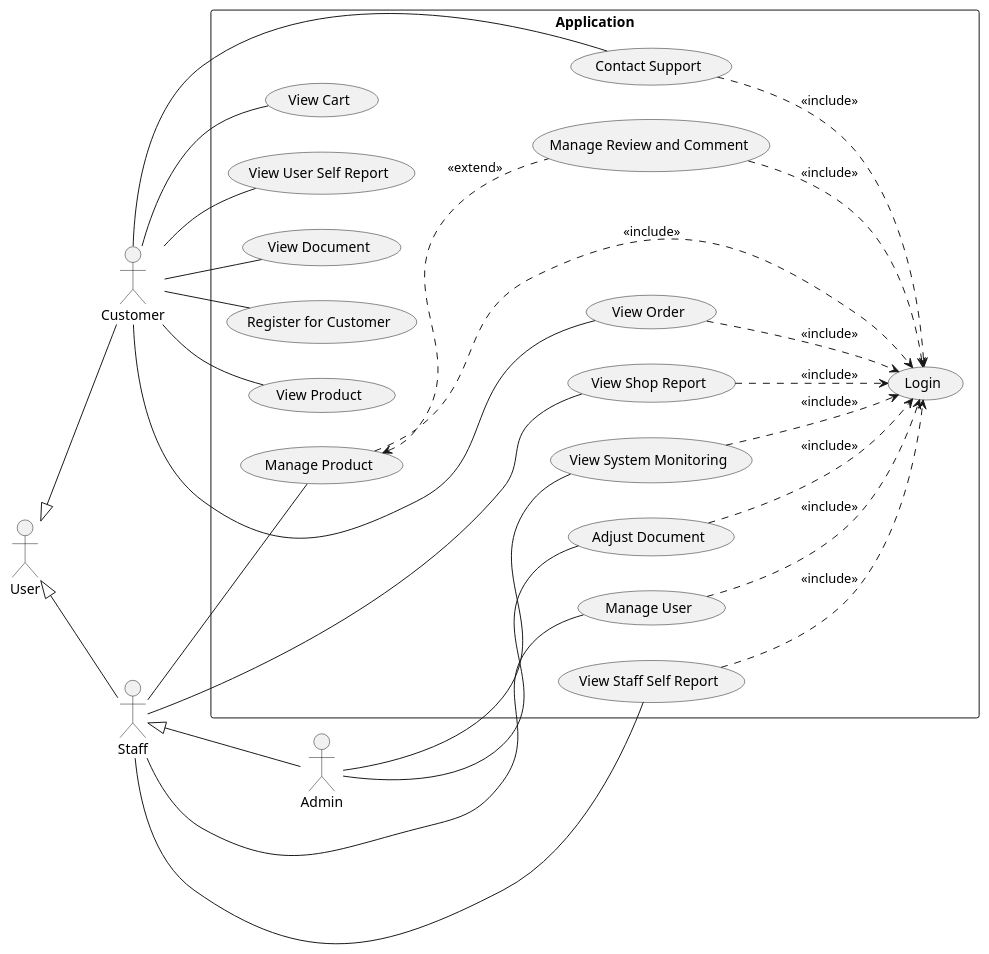
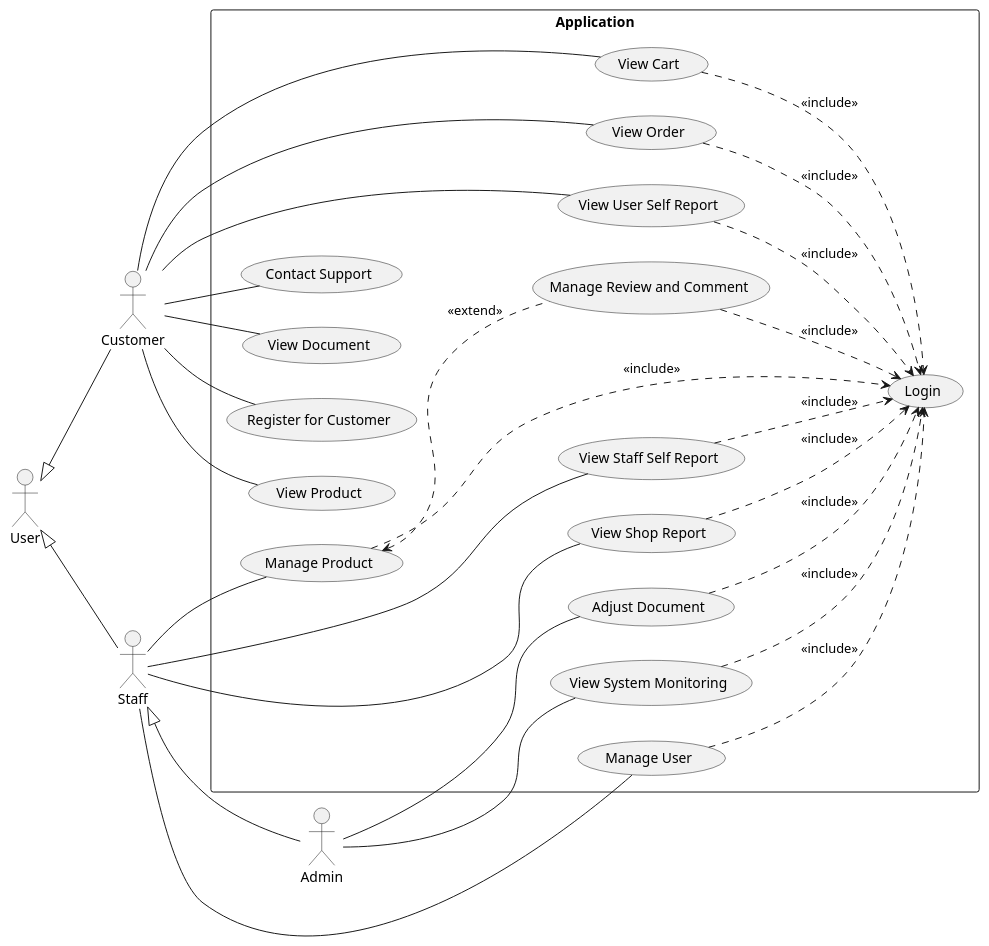
Before and after one commit to electricilies/electricilies.github.io: the first of 2 diagrams in docs/docs/use-case/user.md, drawn with PlantUML.

Commit message:
fix(use-case): user use cases miss login

````diff
--- a/docs/docs/use-case/user.md
+++ b/docs/docs/use-case/user.md
@@ -5,58 +5,59 @@
 ```plantuml
 @startuml
 left to right direction
 actor User
 actor Customer
 actor Staff
 actor Admin
 
 User <|-- Customer
 User <|-- Staff
 Staff <|-- Admin
 
 rectangle "Application" {
   usecase UC01 as "Login"
   usecase UC02 as "Register for Customer"
   usecase UC03 as "View Product"
   usecase UC04 as "View Cart"
   usecase UC05 as "View Order"
   usecase UC06 as "Contact Support"
   usecase UC07 as "View User Self Report"
   usecase UC08 as "View Document"
   usecase UC09 as "Manage Product"
   usecase UC10 as "Manage Review and Comment"
   usecase UC11 as "Manage User"
   usecase UC12 as "View Staff Self Report"
   usecase UC13 as "View Shop Report"
   usecase UC14 as "View System Monitoring"
   usecase UC15 as "Adjust Document"
 }
 
 Customer -- UC02
 Customer -- UC03
 Customer -- UC04
 Customer -- UC05
 Customer -- UC06
 Customer -- UC07
 Customer -- UC08
 Staff -- UC09
 Staff -- UC11
 Staff -- UC12
 Staff -- UC13
 Admin -- UC14
 Admin -- UC15
 
 UC09 <.. UC10 : <<extend>>
 
+UC04 ..> UC01 : <<include>>
 UC05 ..> UC01 : <<include>>
-UC06 ..> UC01 : <<include>>
+UC07 ..> UC01 : <<include>>
 UC09 ..> UC01 : <<include>>
 UC10 ..> UC01 : <<include>>
 UC11 ..> UC01 : <<include>>
 UC12 ..> UC01 : <<include>>
 UC13 ..> UC01 : <<include>>
 UC14 ..> UC01 : <<include>>
 UC15 ..> UC01 : <<include>>
 
 @enduml
 ```
````
